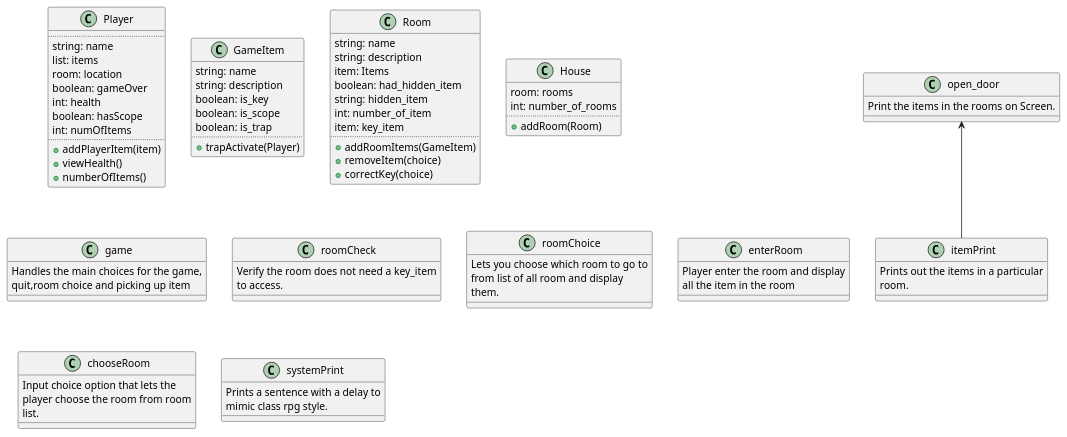
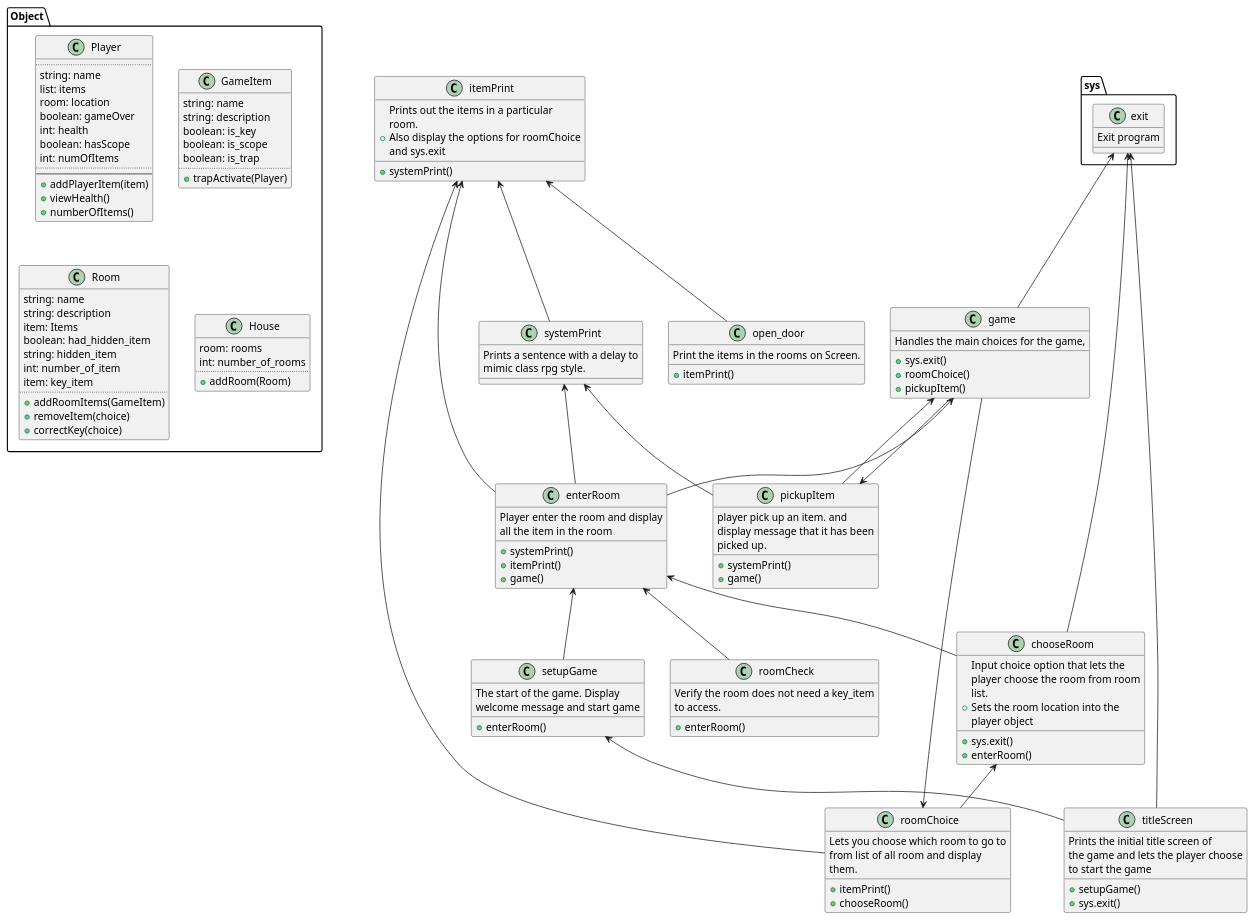
The diagram in docs/EscapeRoom.puml (thtay/PythonGames), drawn with PlantUML before and after one commit. The commit also changed 1 other file, not shown here.

Commit message:
Added the gameplay sequence diagram.

```diff
--- a/docs/EscapeRoom.puml
+++ b/docs/EscapeRoom.puml
@@ -1,90 +1,160 @@
 @startuml
-class Player{
+class Object.Player{
 ..
 string: name
 list: items
 room: location
 boolean: gameOver
 int: health
 boolean: hasScope
 int: numOfItems
 ..
+--
 + addPlayerItem(item)
 + viewHealth()
 + numberOfItems()
 }
 
-class GameItem{
+class Object.GameItem{
 string: name
 string: description
 boolean: is_key
 boolean: is_scope
 boolean: is_trap
 ..
 + trapActivate(Player)
 }
 
-class Room{
+class Object.Room{
 string: name
 string: description
 item: Items
 boolean: had_hidden_item
 string: hidden_item
 int: number_of_item
 item: key_item
 ..
 + addRoomItems(GameItem)
 + removeItem(choice)
 + correctKey(choice)
 }
 
-class House{
+class Object.House{
 room: rooms
 int: number_of_rooms
 ..
 + addRoom(Room)
 }
 
 class game{
 Handles the main choices for the game,
-quit,room choice and picking up item
++ sys.exit()
++ roomChoice()
++ pickupItem()
 }
+
+roomChoice <-- game
+pickupItem <-- game
+sys.exit <-- game
+
+class sys.exit{
+Exit program
+}
+
 
 class itemPrint{
 Prints out the items in a particular
 room.
++ systemPrint()
++ Also display the options for roomChoice
+and sys.exit
 }
+
+itemPrint <-- systemPrint
 
 class roomCheck{
 Verify the room does not need a key_item
 to access.
++ enterRoom()
 }
+
+enterRoom <-- roomCheck
 
 class open_door{
 Print the items in the rooms on Screen.
++ itemPrint()
 }
 
-open_door <-- itemPrint
+itemPrint <-- open_door
 
 class roomChoice{
 Lets you choose which room to go to
 from list of all room and display
 them.
++ itemPrint()
++ chooseRoom()
 }
+
+itemPrint <-- roomChoice
+chooseRoom <-- roomChoice
 
 class enterRoom{
 Player enter the room and display
 all the item in the room
++ systemPrint()
++ itemPrint()
++ game()
 }
+
+systemPrint <-- enterRoom
+itemPrint <-- enterRoom
+game <-- enterRoom
 
 class chooseRoom {
 Input choice option that lets the
 player choose the room from room
 list.
++ Sets the room location into the
+player object
++ sys.exit()
++ enterRoom()
 }
+
+sys.exit <-- chooseRoom
+enterRoom <-- chooseRoom
 
 class systemPrint{
 Prints a sentence with a delay to
 mimic class rpg style.
 }
+
+class titleScreen{
+Prints the initial title screen of
+the game and lets the player choose
+to start the game
++ setupGame()
++ sys.exit()
+}
+
+setupGame <-- titleScreen
+sys.exit <-- titleScreen
+
+class setupGame{
+The start of the game. Display
+welcome message and start game
++ enterRoom()
+}
+
+enterRoom <-- setupGame
+
+class pickupItem{
+player pick up an item. and
+display message that it has been
+picked up.
++ systemPrint()
++ game()
+}
+
+systemPrint <-- pickupItem
+game <-- pickupItem
 @enduml
```
